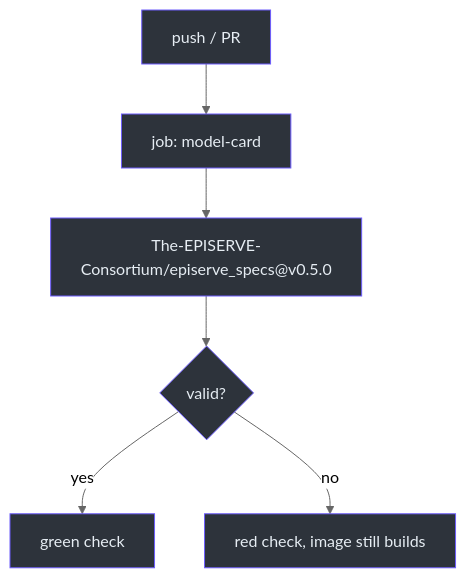
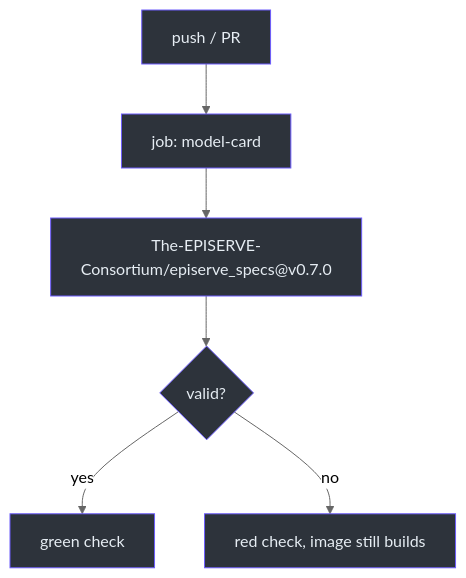
The fifth of 5 diagrams in documentation/02-architecture/model-card-and-validation.md (The-EPISERVE-Consortium/model__prediction__generic__null-model), drawn with Mermaid (neutral theme) before and after one commit. The commit also changed other lines of this file and 4 other files, not shown here.

````diff
--- a/documentation/02-architecture/model-card-and-validation.md
+++ b/documentation/02-architecture/model-card-and-validation.md
@@ -179,11 +179,11 @@
 ```mermaid
 flowchart TD
     P["push / PR"] --> C["job: model-card"]
-    C --> A["The-EPISERVE-Consortium/episerve_specs@v0.5.0"]
+    C --> A["The-EPISERVE-Consortium/episerve_specs@v0.7.0"]
     A --> R{"valid?"}
     R -- yes --> OK["green check"]
     R -- no --> ERR["red check, image still builds"]
 
     classDef dark fill:#2d333b,stroke:#6d5dfc,color:#e6edf3
     class P,C,A,R,OK,ERR dark
 ```
````
